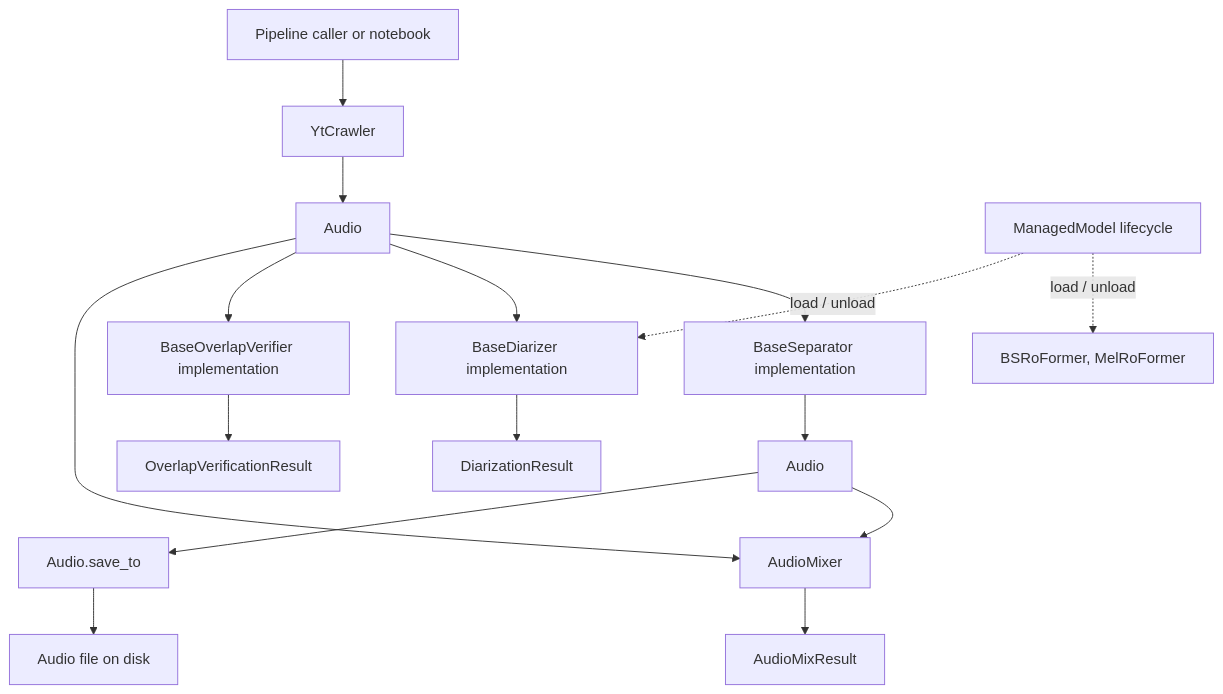
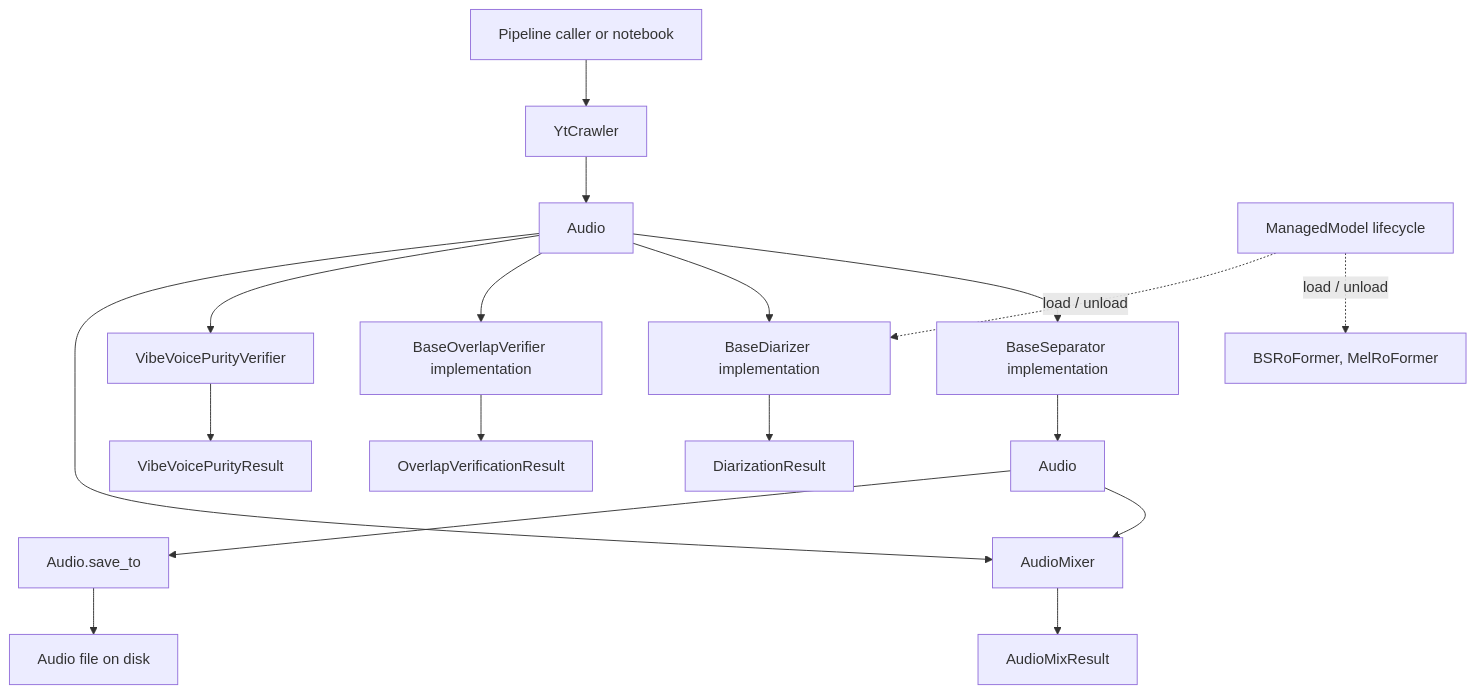
The diagram in docs/api_contract.md (tungnguyenlam/audio-prepare-pipeline-redo), drawn with Mermaid before and after one commit. The commit also changed other lines of this file and 14 other files, not shown here.

Commit message:
feat: add VibeVoice-ASR speaker-count purity verification

````diff
--- a/docs/api_contract.md
+++ b/docs/api_contract.md
@@ -3,19 +3,21 @@
 ```mermaid
 flowchart TD
     CALLER[Pipeline caller or notebook] --> CRAWLER[YtCrawler]
     CRAWLER --> AUDIO[Audio]
     AUDIO --> SEPARATOR[BaseSeparator implementation]
     SEPARATOR --> CLEAN_AUDIO[Audio]
     AUDIO --> DIARIZER[BaseDiarizer implementation]
     DIARIZER --> DIARIZATION[DiarizationResult]
     AUDIO --> OVERLAP_VERIFIER[BaseOverlapVerifier implementation]
     OVERLAP_VERIFIER --> OVERLAP_RESULT[OverlapVerificationResult]
+    AUDIO --> VIBEVOICE[VibeVoicePurityVerifier]
+    VIBEVOICE --> VIBEVOICE_RESULT[VibeVoicePurityResult]
     AUDIO --> MIXER[AudioMixer]
     CLEAN_AUDIO --> MIXER
     MIXER --> MIX_RESULT[AudioMixResult]
 
     MANAGED[ManagedModel lifecycle] -. load / unload .-> MANAGED_BACKENDS[BSRoFormer, MelRoFormer]
     MANAGED -. load / unload .-> DIARIZER
     CLEAN_AUDIO --> SAVE[Audio.save_to]
     SAVE --> FILE[Audio file on disk]
 ```
````
